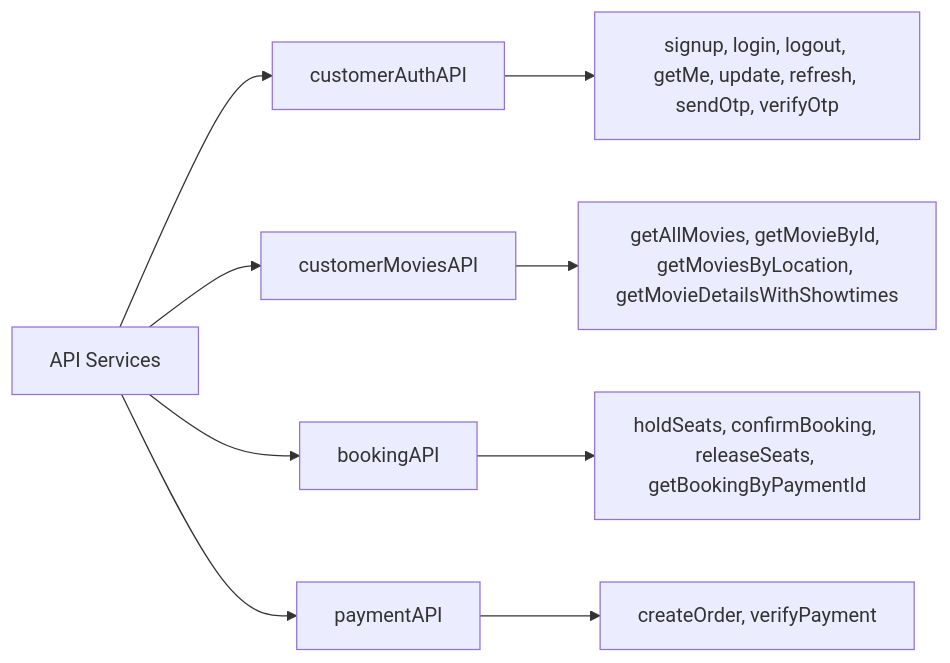
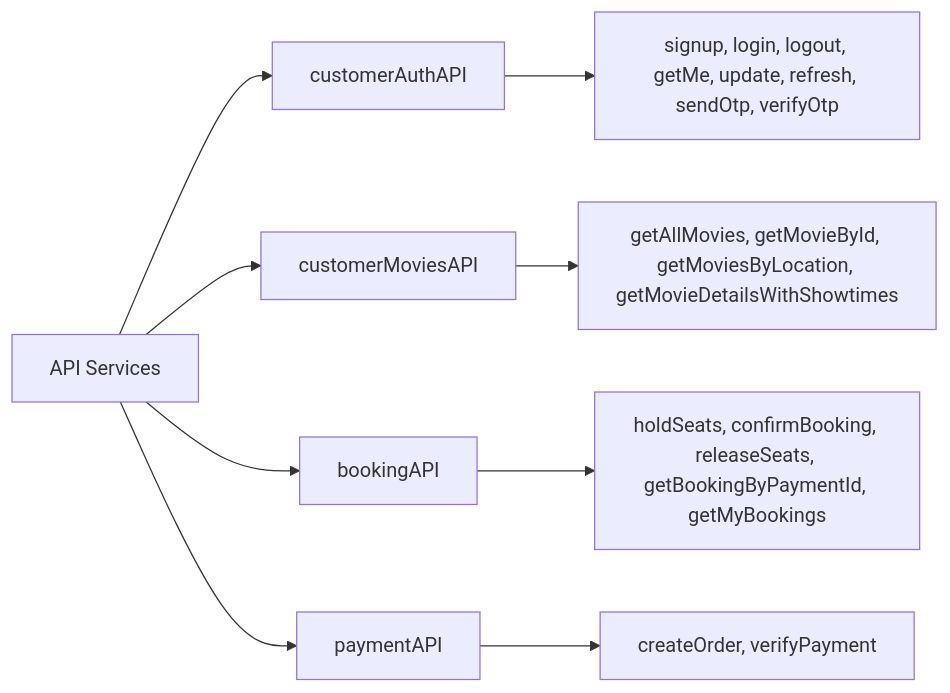
One commit to hduraimurugan/cinema-app-docs changed diagram 13 of 17 in users.md. Above: the diagram before and after it, drawn with Mermaid. The commit also changed other lines of this file and 3 other files, not shown here.

````diff
--- a/users.md
+++ b/users.md
@@ -510,12 +512,12 @@
 ```mermaid
 graph LR
     A[API Services] --> B[customerAuthAPI]
     A --> C[customerMoviesAPI]
     A --> D[bookingAPI]
     A --> E[paymentAPI]
 
     B --> F[signup, login, logout, getMe, update, refresh, sendOtp, verifyOtp]
     C --> G[getAllMovies, getMovieById, getMoviesByLocation, getMovieDetailsWithShowtimes]
-    D --> H[holdSeats, confirmBooking, releaseSeats, getBookingByPaymentId]
+    D --> H[holdSeats, confirmBooking, releaseSeats, getBookingByPaymentId, getMyBookings]
     E --> I[createOrder, verifyPayment]
 ```
````
